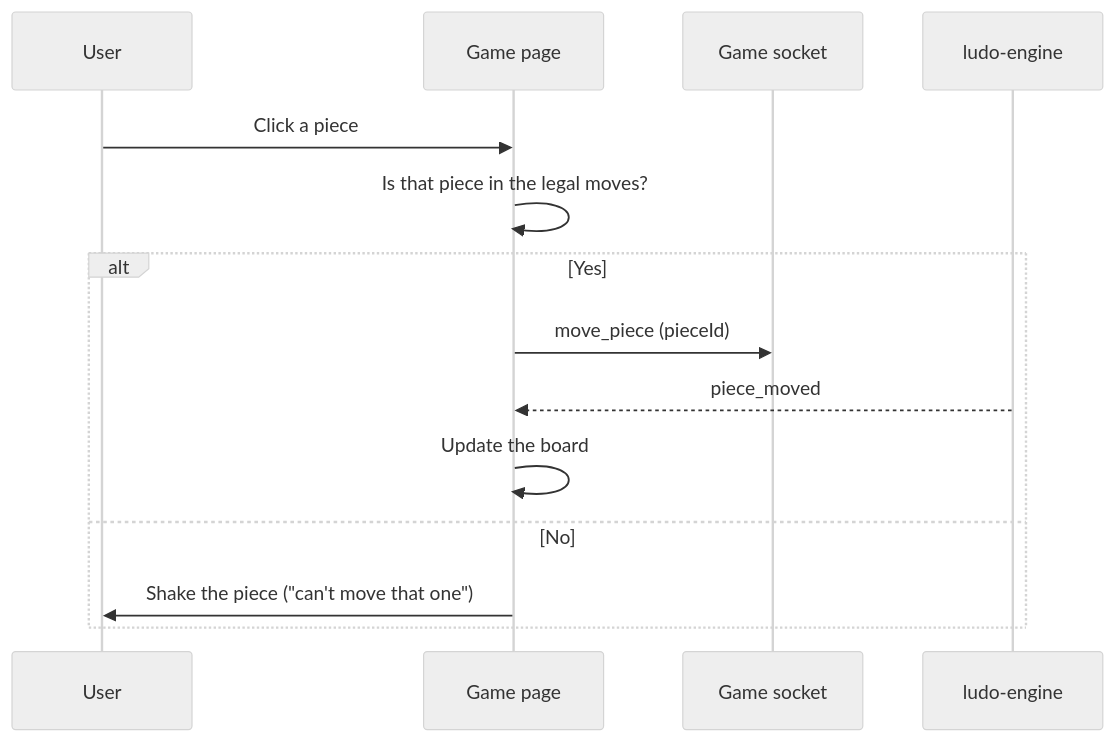
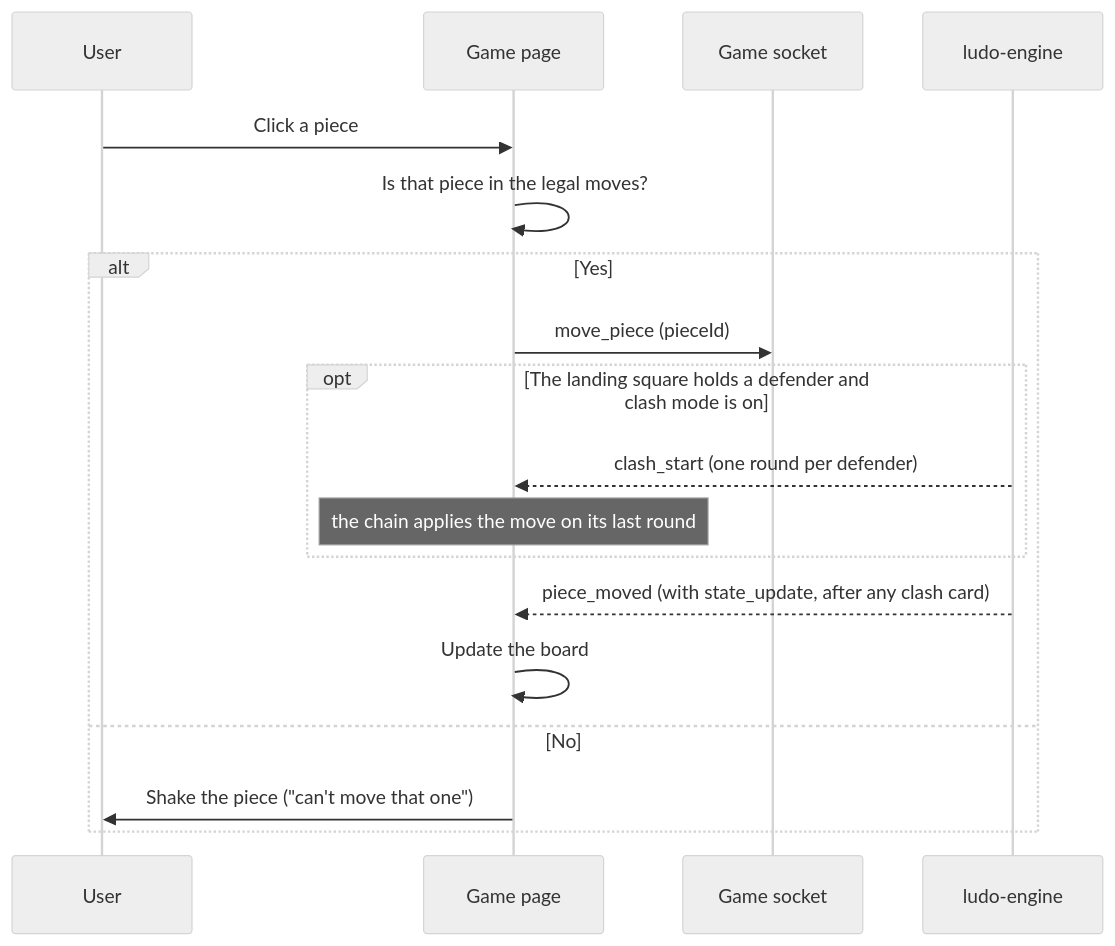
Before and after one commit to IrmaJoKerr/ft_transcendence-ludo: the third of 3 diagrams in docs/frontend/frontend-game-module.md, drawn with Mermaid (neutral theme). The commit also changed other lines of this file and 30 other files, not shown here.

````diff
--- a/docs/frontend/frontend-game-module.md
+++ b/docs/frontend/frontend-game-module.md
@@ -122,17 +122,21 @@
 ```mermaid
 sequenceDiagram
     participant User
     participant Game as Game page
     participant Socket as Game socket
     participant Engine as ludo-engine
 
     User->>Game: Click a piece
     Game->>Game: Is that piece in the legal moves?
     alt Yes
         Game->>Socket: move_piece (pieceId)
-        Engine-->>Game: piece_moved
+        opt The landing square holds a defender and clash mode is on
+            Engine-->>Game: clash_start (one round per defender)
+            Note over Game: the chain applies the move on its last round
+        end
+        Engine-->>Game: piece_moved (with state_update, after any clash card)
         Game->>Game: Update the board
     else No
         Game->>User: Shake the piece ("can't move that one")
     end
 ```
````
